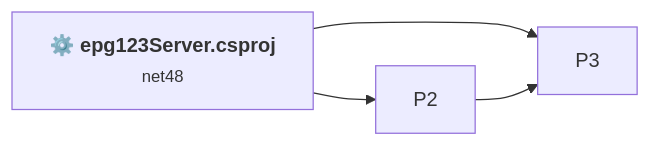
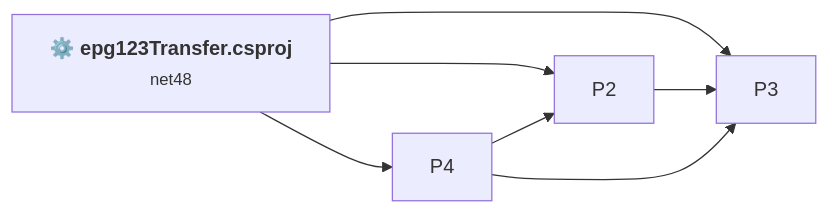
The first of 2 diagrams in .github/upgrades/scenarios/dotnet-version-upgrade/assessment.md (Kev506/epg123), drawn with Mermaid before and after one commit. The commit also changed other lines of this file and 18 other files, not shown here.

Commit message:
upgrade: migrate epg123Transfer to .NET 10

````diff
--- a/.github/upgrades/scenarios/dotnet-version-upgrade/assessment.md
+++ b/.github/upgrades/scenarios/dotnet-version-upgrade/assessment.md
@@ -111,9 +145,12 @@
 ```mermaid
 flowchart LR
-    P1["<b>⚙️&nbsp;epg123Server.csproj</b><br/><small>net48</small>"]
+    P1["<b>⚙️&nbsp;epg123Transfer.csproj</b><br/><small>net48</small>"]
     P1 --> P2
     P1 --> P3
+    P1 --> P4
     P2 --> P3
-    click P1 "#epg123servercsproj"
+    P4 --> P2
+    P4 --> P3
+    click P1 "#epg123transfercsproj"
 
 ```
````
